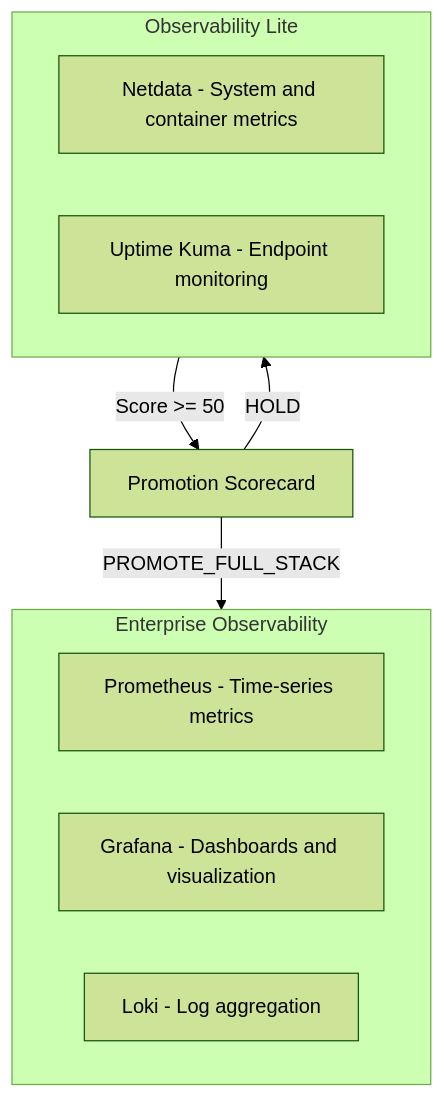
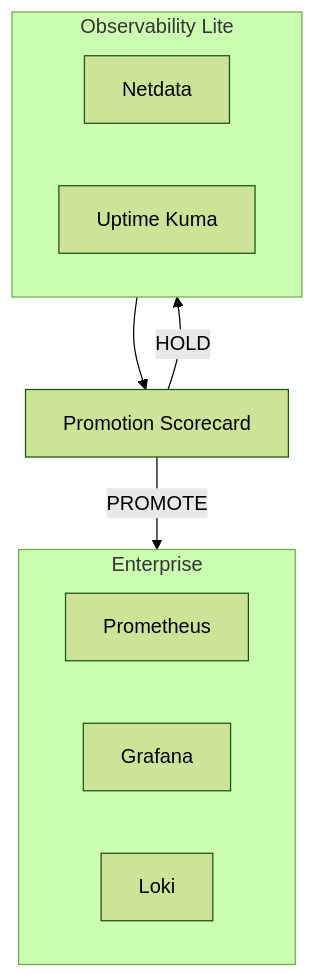
One commit to peermesh/docker-lab-docs changed the first of 3 diagrams in docs/observability.md. Above: the diagram before and after it, drawn with Mermaid (forest theme). The commit also changed other lines of this file and 13 other files, not shown here.

First line of the commit message:
fix: improve diagram legibility and icon rendering

````diff
--- a/docs/observability.md
+++ b/docs/observability.md
@@ -31,19 +31,19 @@
 ```mermaid
 flowchart TB
     subgraph LiteTier["Observability Lite"]
-        Netdata["Netdata - System and container metrics"]
-        UptimeKuma["Uptime Kuma - Endpoint monitoring"]
+        Netdata["Netdata"]
+        UptimeKuma["Uptime Kuma"]
     end
 
-    subgraph EnterpriseTier["Enterprise Observability"]
-        Prometheus["Prometheus - Time-series metrics"]
-        Grafana["Grafana - Dashboards and visualization"]
-        Loki["Loki - Log aggregation"]
+    subgraph EnterpriseTier["Enterprise"]
+        Prometheus["Prometheus"]
+        Grafana["Grafana"]
+        Loki["Loki"]
     end
 
     Scorecard["Promotion Scorecard"]
 
-    LiteTier -- "Score >= 50" --> Scorecard
-    Scorecard -- "PROMOTE_FULL_STACK" --> EnterpriseTier
-    Scorecard -- "HOLD" --> LiteTier
+    LiteTier --> Scorecard
+    Scorecard -->|"PROMOTE"| EnterpriseTier
+    Scorecard -->|"HOLD"| LiteTier
 ```
````
